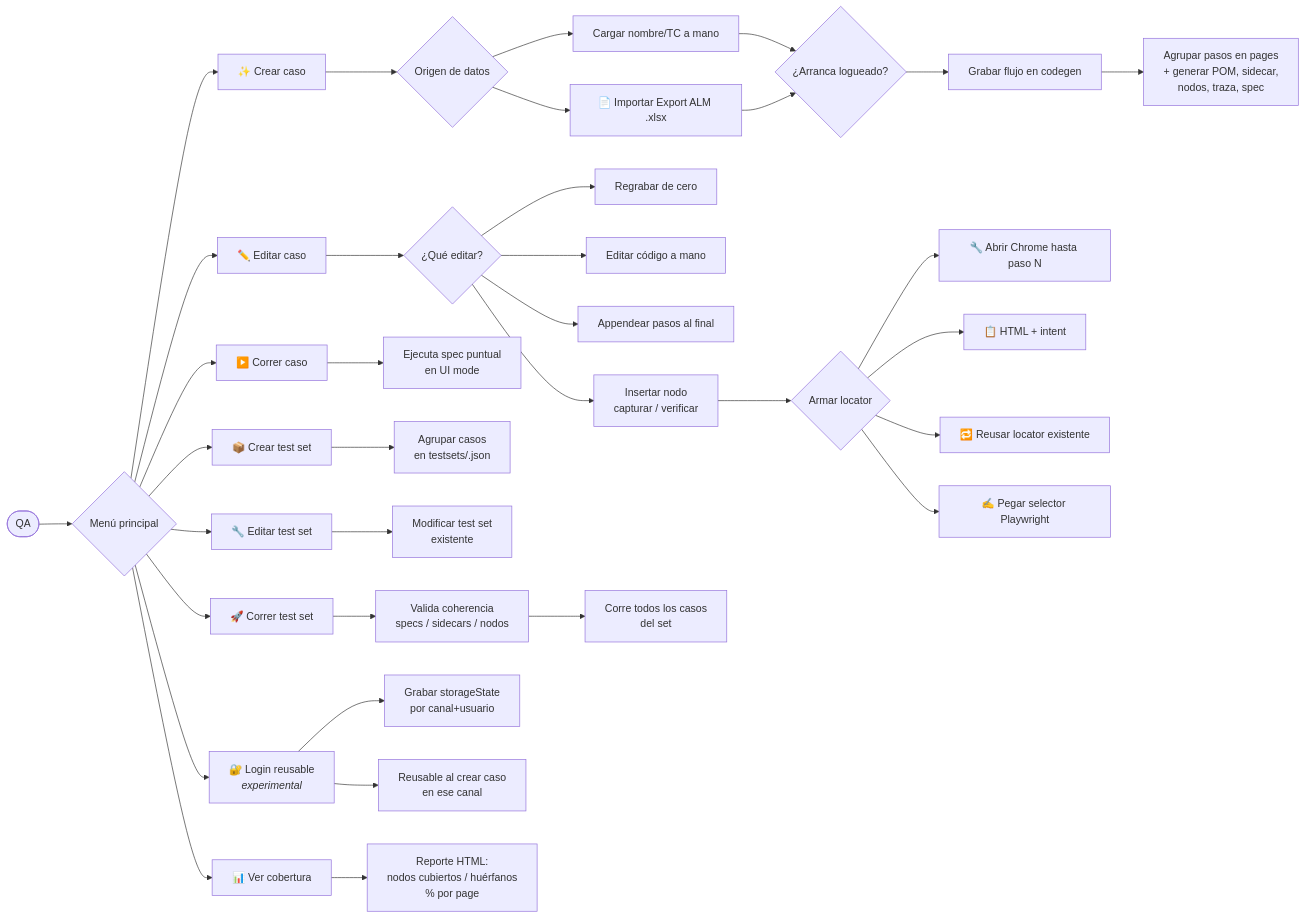
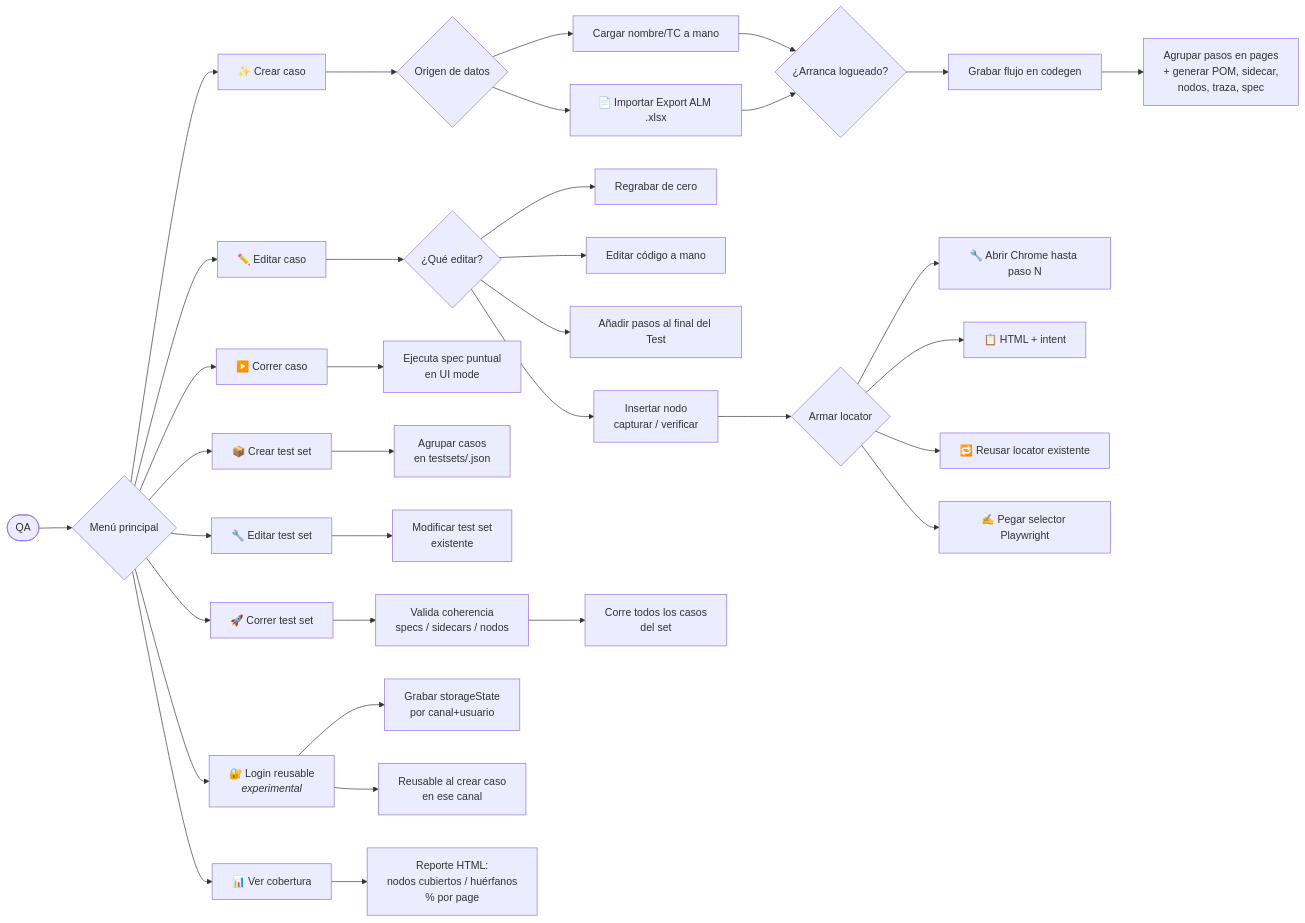
The second of 4 diagrams in README.md (blass1/AutoFlowAgent), drawn with Mermaid before and after one commit. The commit also changed other lines of this file and 20 other files, not shown here.

````diff
--- a/README.md
+++ b/README.md
@@ -54,47 +54,47 @@
 ```mermaid
 flowchart LR
     QA([QA])
     Menu{Menú principal}
 
     QA --> Menu
 
     Menu --> Crear[✨ Crear caso]
     Menu --> Editar[✏️ Editar caso]
     Menu --> Correr[▶️ Correr caso]
     Menu --> CrearTS[📦 Crear test set]
     Menu --> EditarTS[🔧 Editar test set]
     Menu --> CorrerTS[🚀 Correr test set]
     Menu --> Auth[🔐 Login reusable<br/><i>experimental</i>]
     Menu --> Cob[📊 Ver cobertura]
 
     Crear --> CrearOrigen{Origen de datos}
     CrearOrigen --> CrearManual[Cargar nombre/TC a mano]
     CrearOrigen --> CrearALM[📄 Importar Export ALM .xlsx]
     CrearManual --> CrearLogin{¿Arranca logueado?}
     CrearALM --> CrearLogin
     CrearLogin --> CrearGrabar[Grabar flujo en codegen]
     CrearGrabar --> CrearPOM[Agrupar pasos en pages<br/>+ generar POM, sidecar,<br/>nodos, traza, spec]
 
     Editar --> EditarQue{¿Qué editar?}
     EditarQue --> EditRegrabar[Regrabar de cero]
     EditarQue --> EditCodigo[Editar código a mano]
-    EditarQue --> EditAppend[Appendear pasos al final]
+    EditarQue --> EditAppend[Añadir pasos al final del Test]
     EditarQue --> EditNodo[Insertar nodo<br/>capturar / verificar]
     EditNodo --> EditNodoLoc{Armar locator}
     EditNodoLoc --> LocPause[🔧 Abrir Chrome hasta paso N]
     EditNodoLoc --> LocHTML[📋 HTML + intent]
     EditNodoLoc --> LocReusar[🔁 Reusar locator existente]
     EditNodoLoc --> LocPegar[✍️ Pegar selector Playwright]
 
     Correr --> CorrerUI[Ejecuta spec puntual<br/>en UI mode]
 
     CrearTS --> TSAgrupar[Agrupar casos<br/>en testsets/.json]
     EditarTS --> TSEditar[Modificar test set<br/>existente]
     CorrerTS --> TSValidar[Valida coherencia<br/>specs / sidecars / nodos]
     TSValidar --> TSCorrer[Corre todos los casos<br/>del set]
 
     Auth --> AuthGrabar[Grabar storageState<br/>por canal+usuario]
     Auth --> AuthReuso[Reusable al crear caso<br/>en ese canal]
 
     Cob --> CobReporte[Reporte HTML:<br/>nodos cubiertos / huérfanos<br/>% por page]
 ```
````
